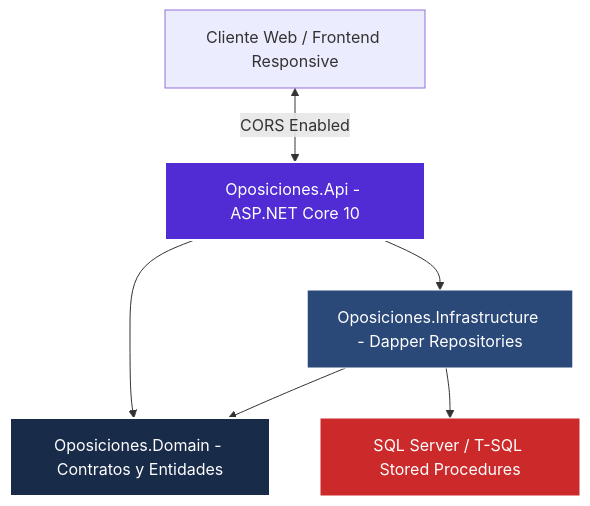
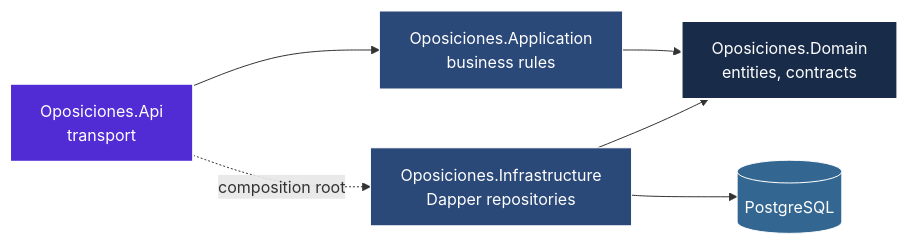
The diagram in README.md (Nain9Dev/SistemaOposicionesTAI), drawn with Mermaid before and after one commit. The commit also changed other lines of this file and 100 other files, not shown here.

````diff
--- a/README.md
+++ b/README.md
@@ -31,13 +33,14 @@
 ```mermaid
-graph TD
-    CLIENT[Cliente Web / Frontend Responsive] <-->|CORS Enabled| API[Oposiciones.Api - ASP.NET Core 10]
-    API --> DOM[Oposiciones.Domain - Contratos y Entidades]
-    API --> INFRA[Oposiciones.Infrastructure - Dapper Repositories]
-    INFRA --> DOM
-    INFRA --> SQL[SQL Server / T-SQL Stored Procedures]
+flowchart LR
+    API["Oposiciones.Api<br/>transport"] --> APP["Oposiciones.Application<br/>business rules"]
+    APP --> DOM["Oposiciones.Domain<br/>entities, contracts"]
+    INFRA["Oposiciones.Infrastructure<br/>Dapper repositories"] --> DOM
+    API -.->|composition root| INFRA
+    INFRA --> PG[("PostgreSQL")]
 
     style API fill:#512BD4,stroke:#fff,stroke-width:2px,color:#fff
+    style APP fill:#2A4878,stroke:#fff,color:#fff
     style DOM fill:#182B49,stroke:#fff,stroke-width:2px,color:#fff
     style INFRA fill:#2A4878,stroke:#fff,color:#fff
-    style SQL fill:#CC292B,stroke:#fff,color:#fff
+    style PG fill:#336791,stroke:#fff,color:#fff
 ```
````
